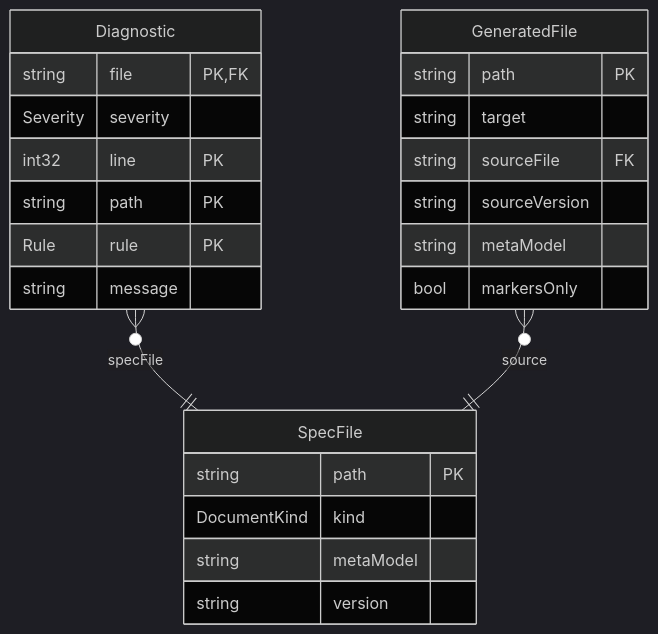
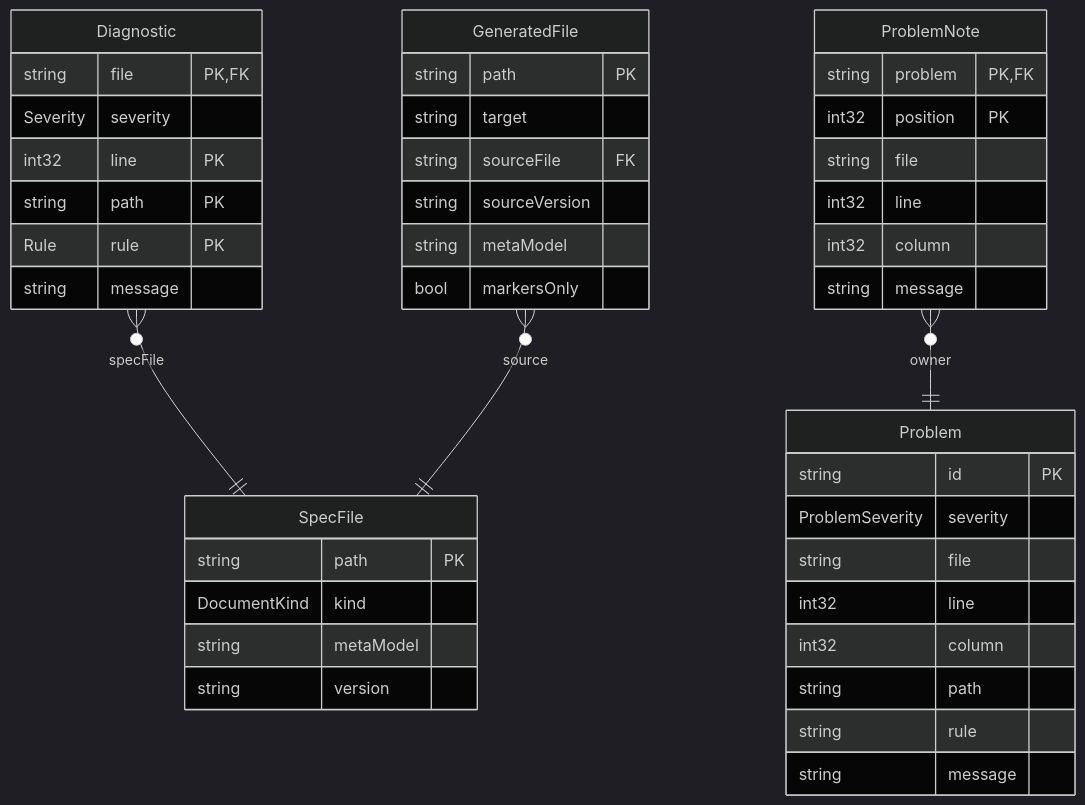
Before and after one commit to SpecArch/specarch: the second of 3 diagrams in spec/specarch.md, drawn with Mermaid (dark theme). The commit also changed 13 other files, not shown here.

````diff
--- a/spec/specarch.md
+++ b/spec/specarch.md
@@ -77,27 +77,46 @@
 ```mermaid
 erDiagram
   Diagnostic }o--|| SpecFile : specFile
   GeneratedFile }o--|| SpecFile : source
+  ProblemNote }o--|| Problem : owner
   Diagnostic {
     string file PK, FK
     Severity severity
     int32 line PK
     string path PK
     Rule rule PK
     string message
   }
   GeneratedFile {
     string path PK
     string target
     string sourceFile FK
     string sourceVersion
     string metaModel
     bool markersOnly
   }
+  Problem {
+    string id PK
+    ProblemSeverity severity
+    string file
+    int32 line
+    int32 column
+    string path
+    string rule
+    string message
+  }
+  ProblemNote {
+    string problem PK, FK
+    int32 position PK
+    string file
+    int32 line
+    int32 column
+    string message
+  }
   SpecFile {
     string path PK
     DocumentKind kind
     string metaModel
     string version
   }
 ```
````
